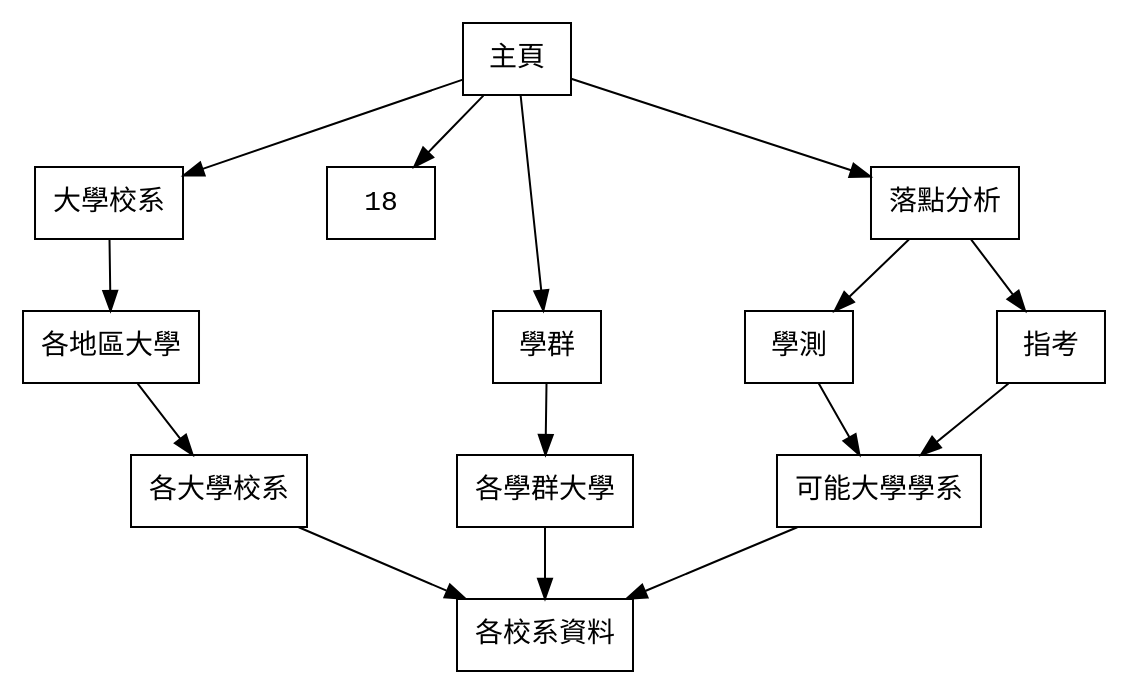
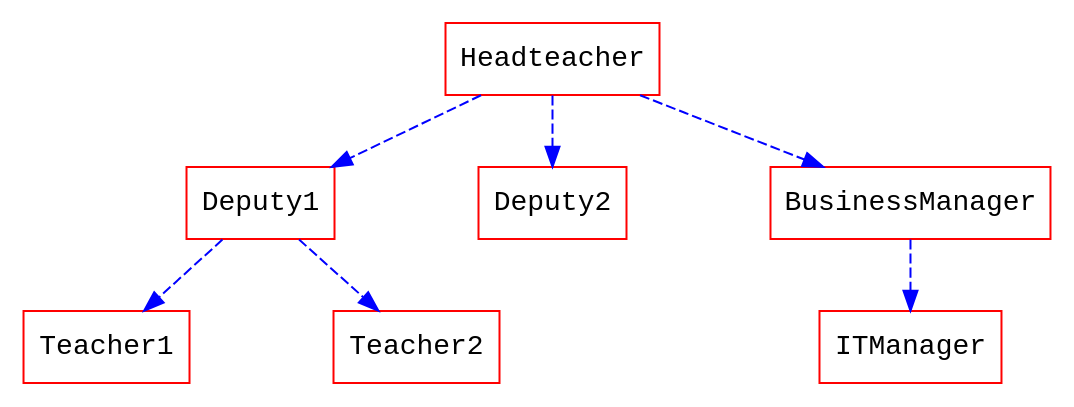
Before and after one commit to s8617527/DB-TEAMLAB: the diagram in README.md, drawn with Graphviz.

````diff
--- a/README.md
+++ b/README.md
@@ -6,18 +6,14 @@
 ```graphviz
 digraph hierarchy {
 
-                nodesep=1.0
+                nodesep=1.0 // increases the separation between nodes
                 
-                node [fontname=Courier,shape=box]
+                node [color=Red,fontname=Courier,shape=box] //All nodes will this shape and colour
+                edge [color=Blue, style=dashed] //All the lines look like this
 
-                主頁->{大學校系 18學群 落點分析}
-                大學校系->各地區大學
-                各地區大學->各大學校系
-		18學群->各學群大學
-		落點分析->{學測 指考}
-		{學測 指考}->可能大學學系
-		{各大學校系 各學群大學 可能大學學系}->各校系資料
-		
-                {rank=same;各大學校系 各學群大學 可能大學學系}
+                Headteacher->{Deputy1 Deputy2 BusinessManager}
+                Deputy1->{Teacher1 Teacher2}
+                BusinessManager->ITManager
+                {rank=same;ITManager Teacher1 Teacher2}  // Put them on the same level
 }
 ```
````
